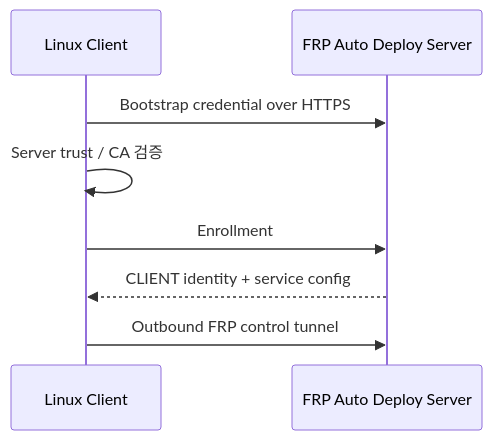
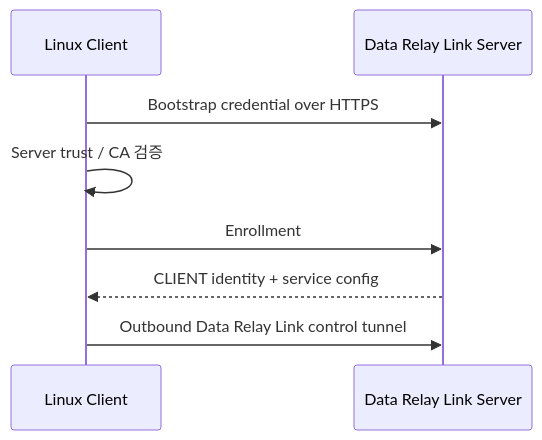
One commit to datarelay-labs/data-relay-link-docs changed the second of 2 diagrams in ko/getting-started/linux-client.mdx. Above: the diagram before and after it, drawn with Mermaid. The commit also changed other lines of this file and 32 other files, not shown here.

````diff
--- a/ko/getting-started/linux-client.mdx
+++ b/ko/getting-started/linux-client.mdx
@@ -80,11 +80,11 @@
 ```mermaid
 sequenceDiagram
     participant C as Linux Client
-    participant S as FRP Auto Deploy Server
+    participant S as Data Relay Link Server
 
     C->>S: Bootstrap credential over HTTPS
     C->>C: Server trust / CA 검증
     C->>S: Enrollment
     S-->>C: CLIENT identity + service config
-    C->>S: Outbound FRP control tunnel
+    C->>S: Outbound Data Relay Link control tunnel
 ```
````
